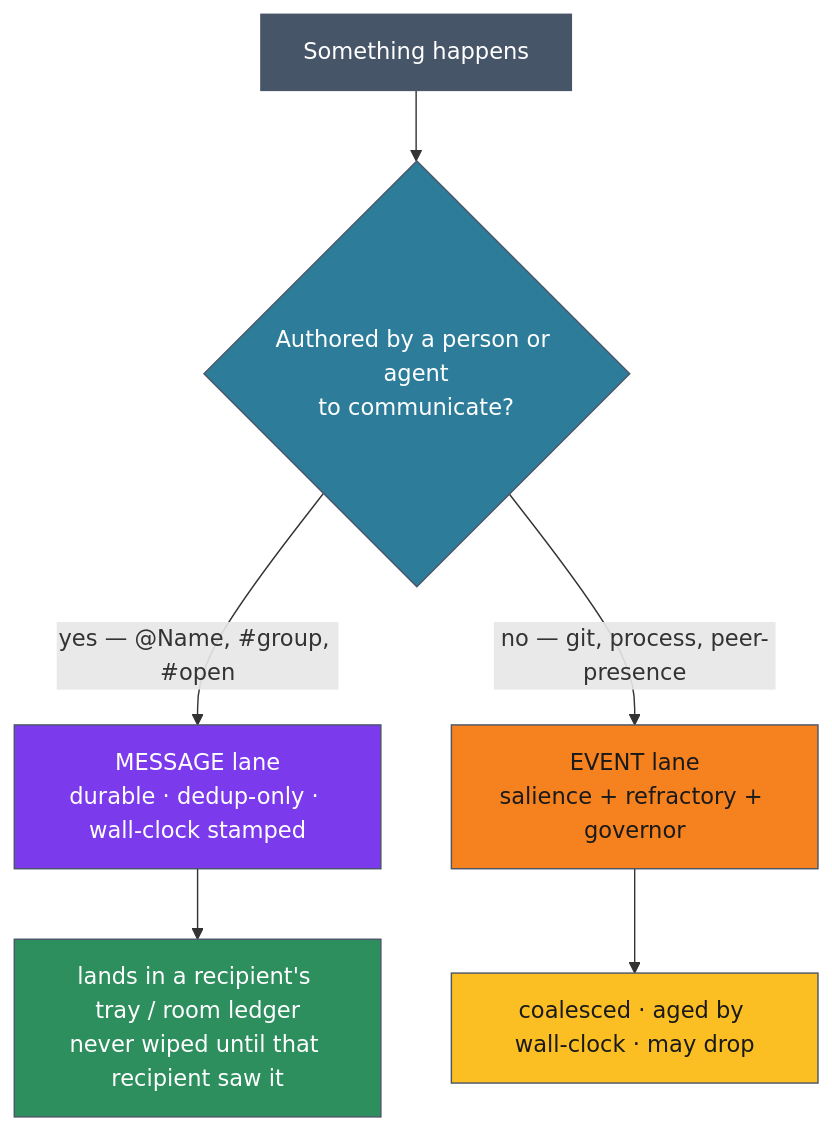
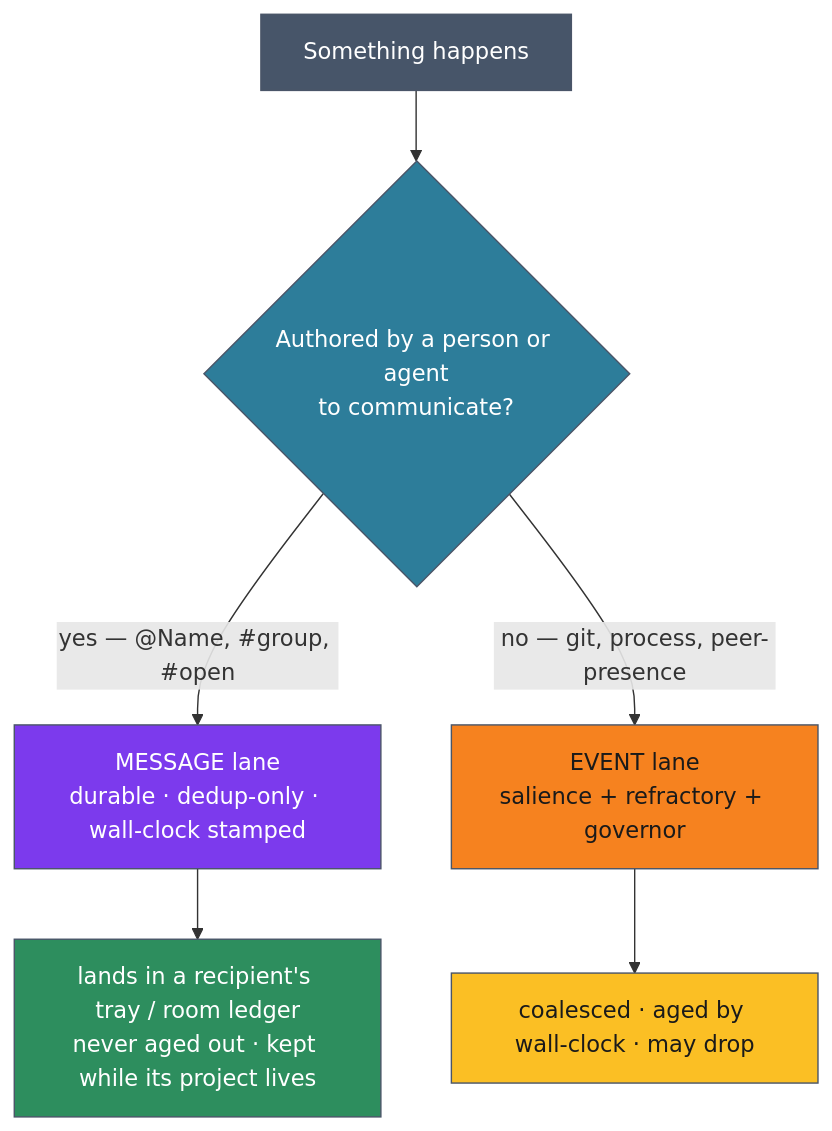
One commit to aaronsb/agent-ways changed the diagram in docs/explanation/attend-messaging/00-overview.md. Above: the diagram before and after it, drawn with Mermaid. The commit also changed other lines of this file and 26 other files, not shown here.

````diff
--- a/docs/explanation/attend-messaging/00-overview.md
+++ b/docs/explanation/attend-messaging/00-overview.md
@@ -24,22 +24,22 @@
 ```mermaid
 flowchart TD
     X[Something happens] --> Q{Authored by a person or agent<br/>to communicate?}
     Q -->|"yes — @Name, #group, #open"| M[MESSAGE lane<br/>durable · dedup-only · wall-clock stamped]
     Q -->|"no — git, process, peer-presence"| E[EVENT lane<br/>salience + refractory + governor]
-    M --> MT[lands in a recipient's tray / room ledger<br/>never wiped until that recipient saw it]
+    M --> MT[lands in a recipient's tray / room ledger<br/>never aged out · kept while its project lives]
     E --> ET[coalesced · aged by wall-clock · may drop]
 
     classDef source fill:#475569,stroke:#4a5568,color:#ffffff
     classDef decision fill:#2d7d9a,stroke:#4a5568,color:#ffffff
     classDef message fill:#7c3aed,stroke:#4a5568,color:#ffffff
     classDef event fill:#f6821f,stroke:#4a5568,color:#1a1a1a
     classDef durable fill:#2d8e5e,stroke:#4a5568,color:#ffffff
     classDef ephemeral fill:#fbbf24,stroke:#4a5568,color:#1a1a1a
 
     class X source
     class Q decision
     class M message
     class MT durable
     class E event
     class ET ephemeral
 ```
````
